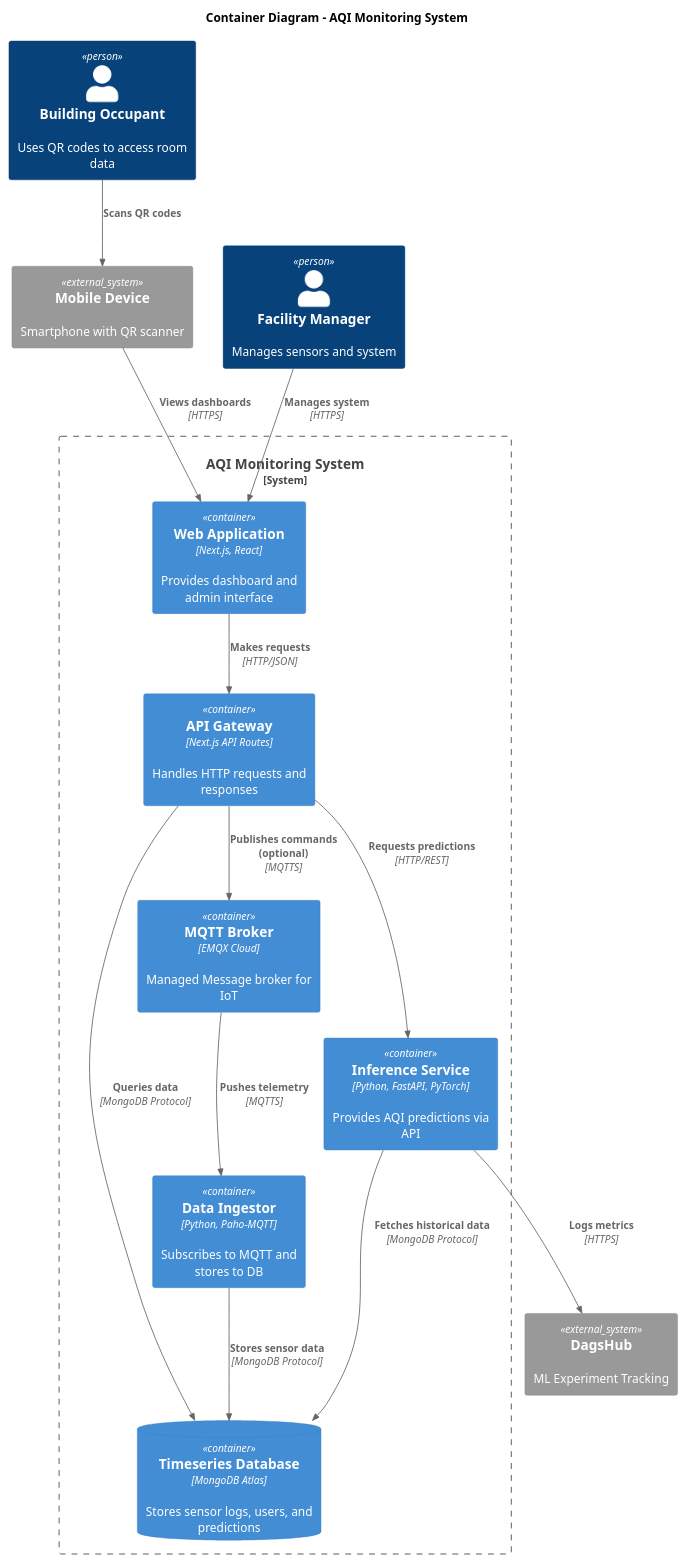
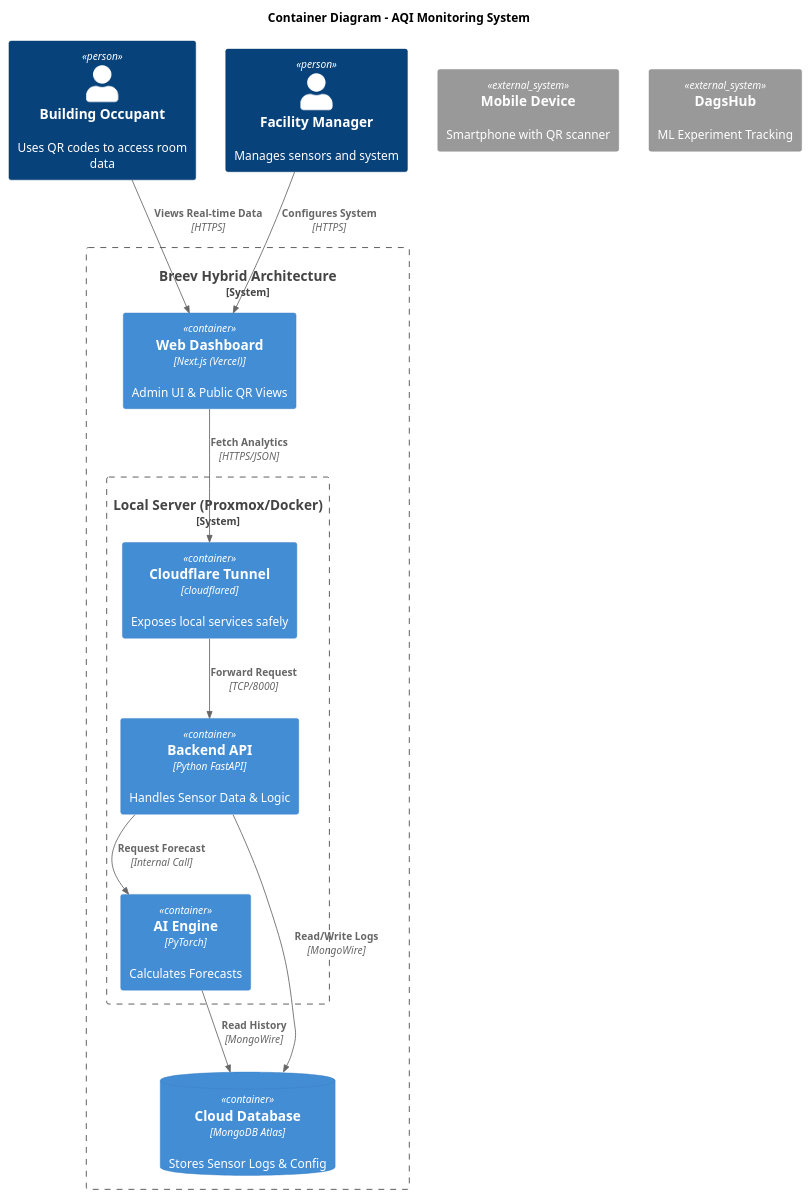
One commit to pratama404/breev changed the diagram in docs/Architecture_Diagrams/c4-container.puml. Above: the diagram before and after it, drawn with PlantUML. The commit also changed 47 other files, not shown here.

```diff
--- a/docs/Architecture_Diagrams/c4-container.puml
+++ b/docs/Architecture_Diagrams/c4-container.puml
@@ -1,38 +1,34 @@
 @startuml C4 Container Diagram
 !include https://raw.githubusercontent.com/plantuml-stdlib/C4-PlantUML/master/C4_Container.puml
 
 title Container Diagram - AQI Monitoring System
 
 Person(user, "Building Occupant", "Uses QR codes to access room data")
 Person(admin, "Facility Manager", "Manages sensors and system")
 
-System_Boundary(aqi, "AQI Monitoring System") {
-    Container(web, "Web Application", "Next.js, React", "Provides dashboard and admin interface")
-    Container(api, "API Gateway", "Next.js API Routes", "Handles HTTP requests and responses")
+System_Boundary(breev, "Breev Hybrid Architecture") {
+    Container(web, "Web Dashboard", "Next.js (Vercel)", "Admin UI & Public QR Views")
     
-    Container(ingestor, "Data Ingestor", "Python, Paho-MQTT", "Subscribes to MQTT and stores to DB")
-    Container(ml, "Inference Service", "Python, FastAPI, PyTorch", "Provides AQI predictions via API")
+    System_Boundary(local, "Local Server (Proxmox/Docker)") {
+        Container(tunnel, "Cloudflare Tunnel", "cloudflared", "Exposes local services safely")
+        Container(api, "Backend API", "Python FastAPI", "Handles Sensor Data & Logic")
+        Container(ml_engine, "AI Engine", "PyTorch", "Calculates Forecasts")
+    }
     
-    ContainerDb(db, "Timeseries Database", "MongoDB Atlas", "Stores sensor logs, users, and predictions")
-    Container(mqtt, "MQTT Broker", "EMQX Cloud", "Managed Message broker for IoT")
+    ContainerDb(db, "Cloud Database", "MongoDB Atlas", "Stores Sensor Logs & Config")
 }
 
 System_Ext(mobile, "Mobile Device", "Smartphone with QR scanner")
 System_Ext(dagshub, "DagsHub", "ML Experiment Tracking")
 
-Rel(user, mobile, "Scans QR codes")
-Rel(mobile, web, "Views dashboards", "HTTPS")
-Rel(admin, web, "Manages system", "HTTPS")
+Rel(user, web, "Views Real-time Data", "HTTPS")
+Rel(admin, web, "Configures System", "HTTPS")
 
-Rel(web, api, "Makes requests", "HTTP/JSON")
-Rel(api, db, "Queries data", "MongoDB Protocol")
-Rel(api, ml, "Requests predictions", "HTTP/REST")
-Rel(api, mqtt, "Publishes commands (optional)", "MQTTS")
+Rel(web, tunnel, "Fetch Analytics", "HTTPS/JSON")
+Rel(tunnel, api, "Forward Request", "TCP/8000")
 
-Rel(mqtt, ingestor, "Pushes telemetry", "MQTTS")
-Rel(ingestor, db, "Stores sensor data", "MongoDB Protocol")
-
-Rel(ml, db, "Fetches historical data", "MongoDB Protocol")
-Rel(ml, dagshub, "Logs metrics", "HTTPS")
+Rel(api, db, "Read/Write Logs", "MongoWire")
+Rel(api, ml_engine, "Request Forecast", "Internal Call")
+Rel(ml_engine, db, "Read History", "MongoWire")
 
 @enduml
```
